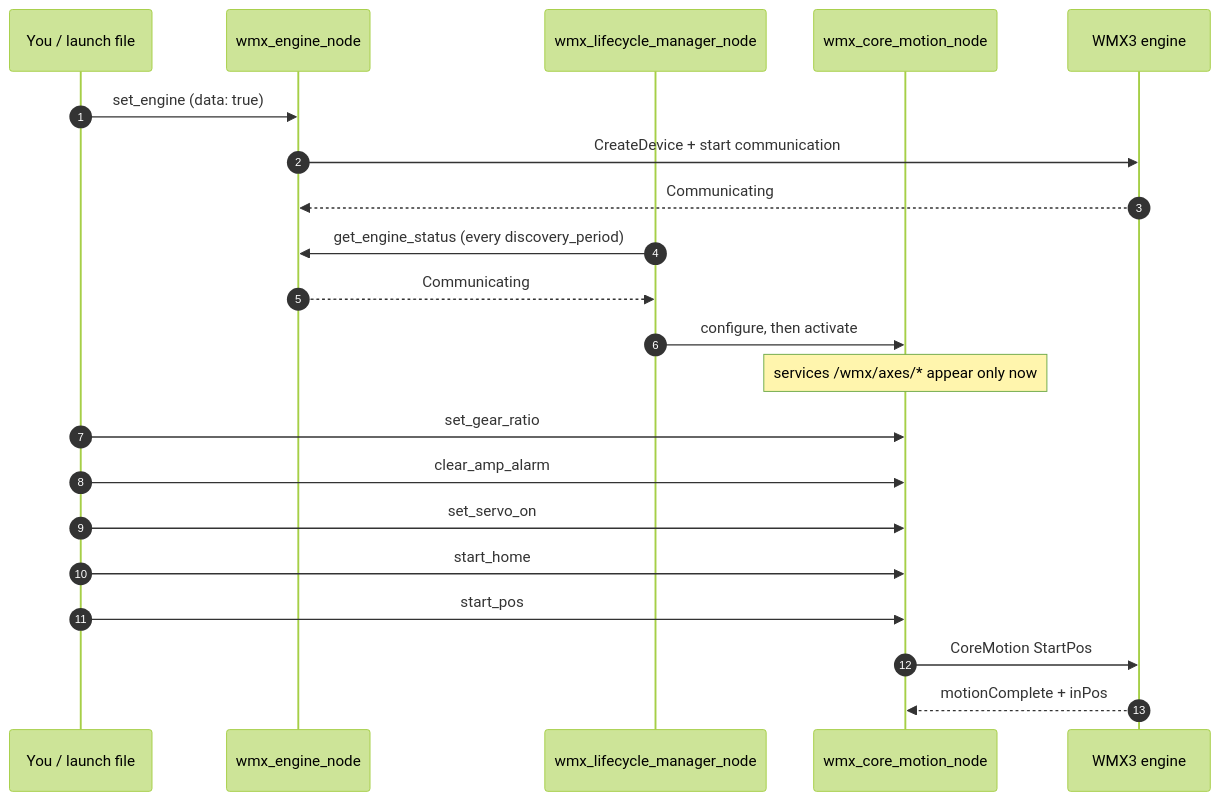
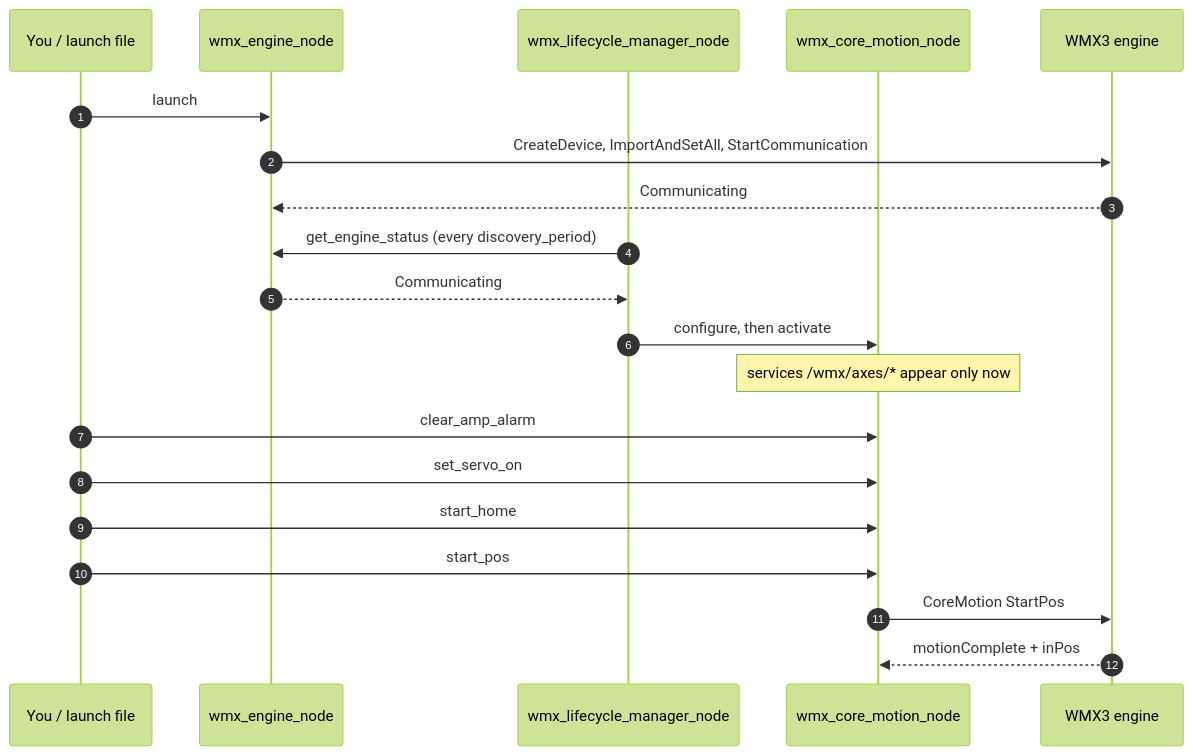
The diagram in doc/api_reference/ros2_services.rst (movensys/wmx-r2-doc), drawn with Mermaid (forest theme) before and after one commit. The commit also changed other lines of this file and 10 other files, not shown here.

```diff
--- a/doc/api_reference/ros2_services.rst
+++ b/doc/api_reference/ros2_services.rst
@@ -667,25 +697,24 @@
 .. mermaid::
    :caption: General-node startup, from engine to a moving axis
 
    sequenceDiagram
        autonumber
        participant U as You / launch file
        participant E as wmx_engine_node
        participant L as wmx_lifecycle_manager_node
        participant M as wmx_core_motion_node
        participant W as WMX3 engine
 
-       U->>E: set_engine (data: true)
-       E->>W: CreateDevice + start communication
+       U->>E: launch
+       E->>W: CreateDevice, ImportAndSetAll, StartCommunication
        W-->>E: Communicating
        L->>E: get_engine_status (every discovery_period)
        E-->>L: Communicating
        L->>M: configure, then activate
        Note over M: services /wmx/axes/* appear only now
-       U->>M: set_gear_ratio
        U->>M: clear_amp_alarm
        U->>M: set_servo_on
        U->>M: start_home
        U->>M: start_pos
        M->>W: CoreMotion StartPos
        W-->>M: motionComplete + inPos
```
